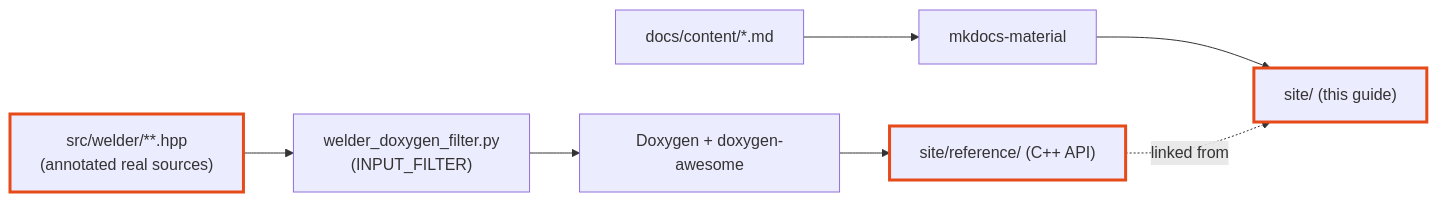
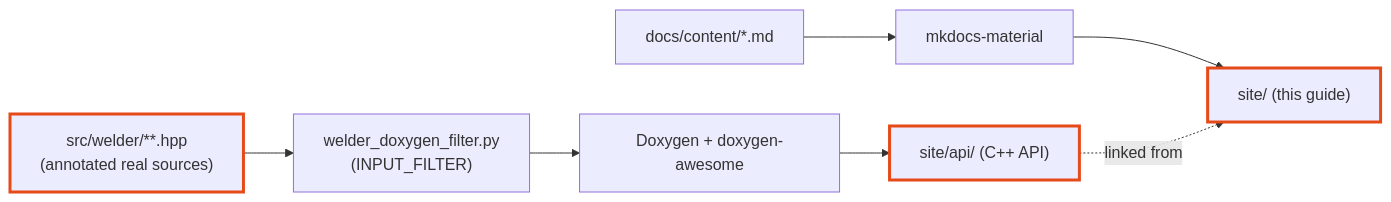
Before and after one commit to skarndev/welder: the second of 2 diagrams in docs/content/architecture.md, drawn with Mermaid. The commit also changed other lines of this file and 12 other files, not shown here.

First line of the commit message:
docs: correctness sweep + concept-first architecture page

````diff
--- a/docs/content/architecture.md
+++ b/docs/content/architecture.md
@@ -102,12 +173,12 @@
 ```mermaid
 flowchart LR
     SRC["src/welder/**.hpp<br/>(annotated real sources)"] --> F["welder_doxygen_filter.py<br/>(INPUT_FILTER)"]
     F --> DOX["Doxygen + doxygen-awesome"]
-    DOX --> REF["site/reference/ (C++ API)"]
+    DOX --> REF["site/api/ (C++ API)"]
     MD["docs/content/*.md"] --> MK["mkdocs-material"]
     MK --> SITE["site/ (this guide)"]
     REF -.linked from.-> SITE
     style SRC stroke:#e64a19,stroke-width:3px
     style SITE stroke:#e64a19,stroke-width:3px
     style REF stroke:#e64a19,stroke-width:3px
 ```
````
